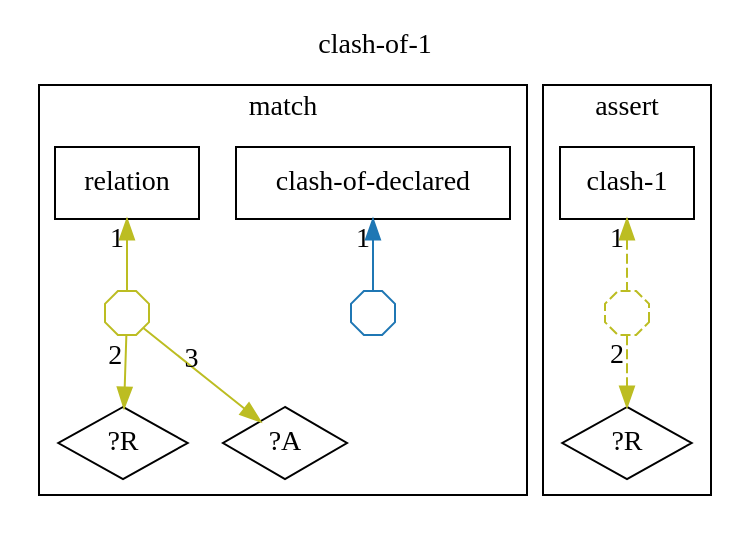
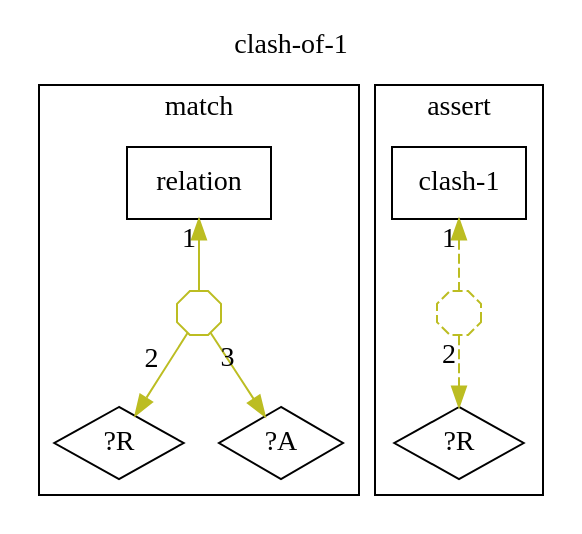
Before and after one commit to agutikov/ein: the diagram in docs/ein/user/04-reference/04-stdlib/diagrams/20-std.contradiction.clash-of-1.dot, drawn with Graphviz. The commit also changed 141 other files, not shown here.

```diff
--- a/docs/ein/user/04-reference/04-stdlib/diagrams/20-std.contradiction.clash-of-1.dot
+++ b/docs/ein/user/04-reference/04-stdlib/diagrams/20-std.contradiction.clash-of-1.dot
@@ -1,23 +1,20 @@
 digraph rule_clash_of_1_lhs_rhs {
   rankdir=TB;
   label="clash-of-1"; labelloc=t;
   subgraph cluster_lhs { label="match";
-    "clash-of-declared_L" [label="clash-of-declared", shape=box];
     "relation_L" [label="relation", shape=box];
     "?R_L" [label="?R", shape=diamond];
     "?A_L" [label="?A", shape=diamond];
-    "h1_clash-of-declared_L" [shape=octagon, label="", width=0.3, height=0.3, fixedsize=true, color="#1f77b4"];
-    "clash-of-declared_L" -> "h1_clash-of-declared_L" [xlabel="1", dir=back, color="#1f77b4"];
-    "h2_relation_L" [shape=octagon, label="", width=0.3, height=0.3, fixedsize=true, color="#bcbd22"];
-    "relation_L" -> "h2_relation_L" [xlabel="1", dir=back, color="#bcbd22"];
-    "h2_relation_L" -> "?R_L" [xlabel="2", color="#bcbd22"];
-    "h2_relation_L" -> "?A_L" [xlabel="3", color="#bcbd22"];
+    "h1_relation_L" [shape=octagon, label="", width=0.3, height=0.3, fixedsize=true, color="#bcbd22"];
+    "relation_L" -> "h1_relation_L" [xlabel="1", dir=back, color="#bcbd22"];
+    "h1_relation_L" -> "?R_L" [xlabel="2", color="#bcbd22"];
+    "h1_relation_L" -> "?A_L" [xlabel="3", color="#bcbd22"];
   }
   subgraph cluster_rhs { label="assert";
     "clash-1_R" [label="clash-1", shape=box];
     "?R_R" [label="?R", shape=diamond];
-    "h3_clash-1_R" [shape=octagon, label="", width=0.3, height=0.3, fixedsize=true, color="#bcbd22", style=dashed];
-    "clash-1_R" -> "h3_clash-1_R" [xlabel="1", dir=back, color="#bcbd22", style=dashed];
-    "h3_clash-1_R" -> "?R_R" [xlabel="2", color="#bcbd22", style=dashed];
+    "h2_clash-1_R" [shape=octagon, label="", width=0.3, height=0.3, fixedsize=true, color="#bcbd22", style=dashed];
+    "clash-1_R" -> "h2_clash-1_R" [xlabel="1", dir=back, color="#bcbd22", style=dashed];
+    "h2_clash-1_R" -> "?R_R" [xlabel="2", color="#bcbd22", style=dashed];
   }
 }
```
